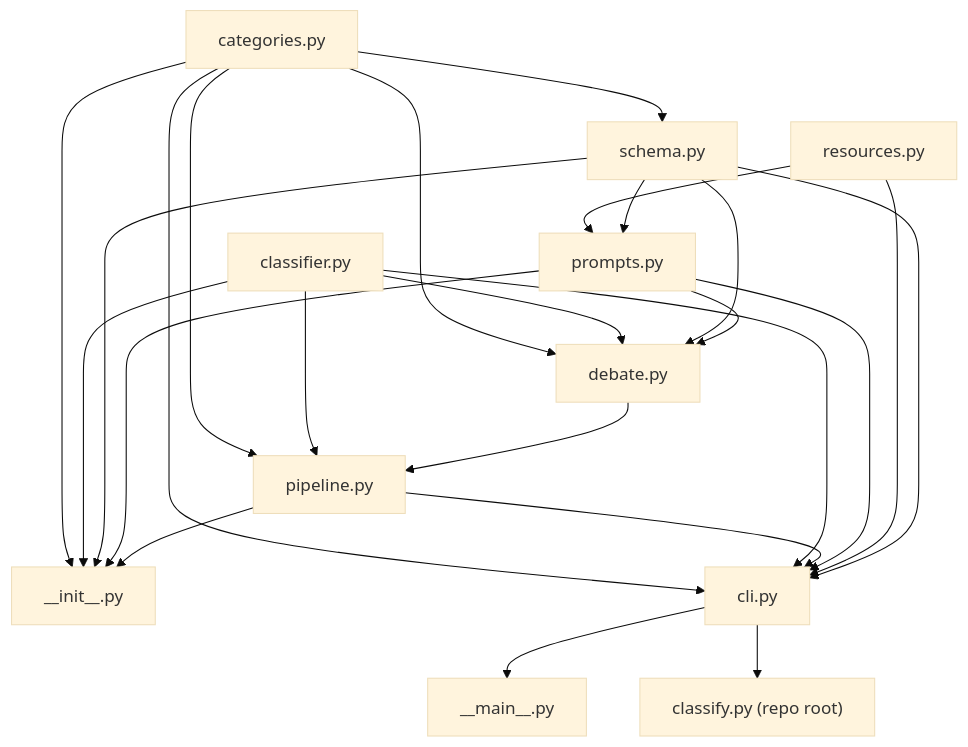
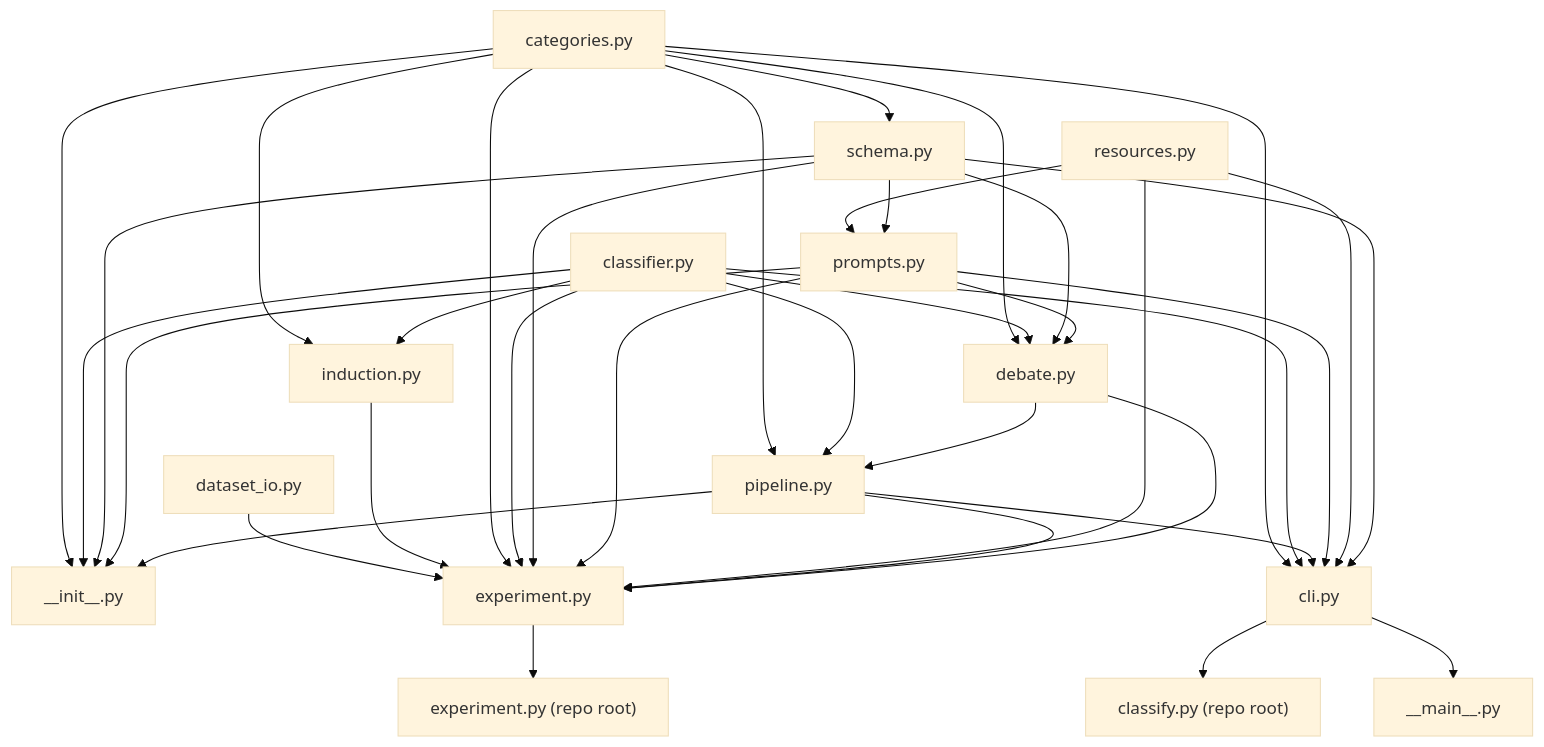
The diagram in spec/ARCHITECTURE.md (bastianellie/ds-query-classification), drawn with Mermaid (base theme) before and after one commit. The commit also changed other lines of this file and 1 other file, not shown here.

First line of the commit message:
chore: close spec 2 — Experiment Runner

````diff
--- a/spec/ARCHITECTURE.md
+++ b/spec/ARCHITECTURE.md
@@ -18,26 +18,38 @@
 ```mermaid
 graph TD
     categories[categories.py] --> schema[schema.py]
     categories --> pipeline[pipeline.py]
     categories --> init["__init__.py"]
     categories --> debate[debate.py]
     classifier[classifier.py] --> pipeline
     classifier --> init
     classifier --> debate
     resources[resources.py] --> prompts[prompts.py]
     schema --> prompts
     schema --> init
     schema --> debate
     prompts --> init
     prompts --> debate
     debate --> pipeline
     pipeline --> init
     categories --> cli[cli.py]
     classifier --> cli
     pipeline --> cli
     prompts --> cli
     resources --> cli
     schema --> cli
     cli --> main["__main__.py"]
     cli --> classify_py["classify.py (repo root)"]
+    categories --> induction[induction.py]
+    classifier --> induction
+    dataset_io[dataset_io.py] --> experiment[experiment.py]
+    induction --> experiment
+    categories --> experiment
+    classifier --> experiment
+    schema --> experiment
+    prompts --> experiment
+    resources --> experiment
+    pipeline --> experiment
+    debate --> experiment
+    experiment --> experiment_py["experiment.py (repo root)"]
 ```
````
